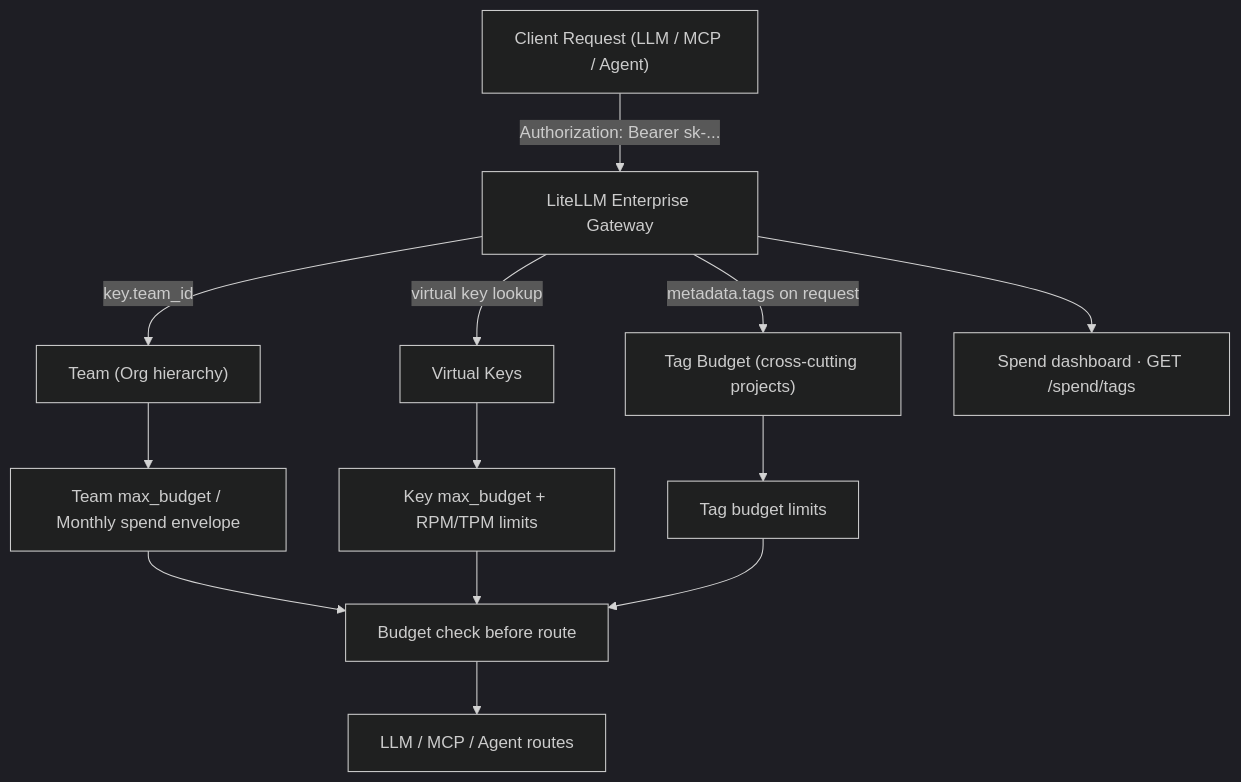
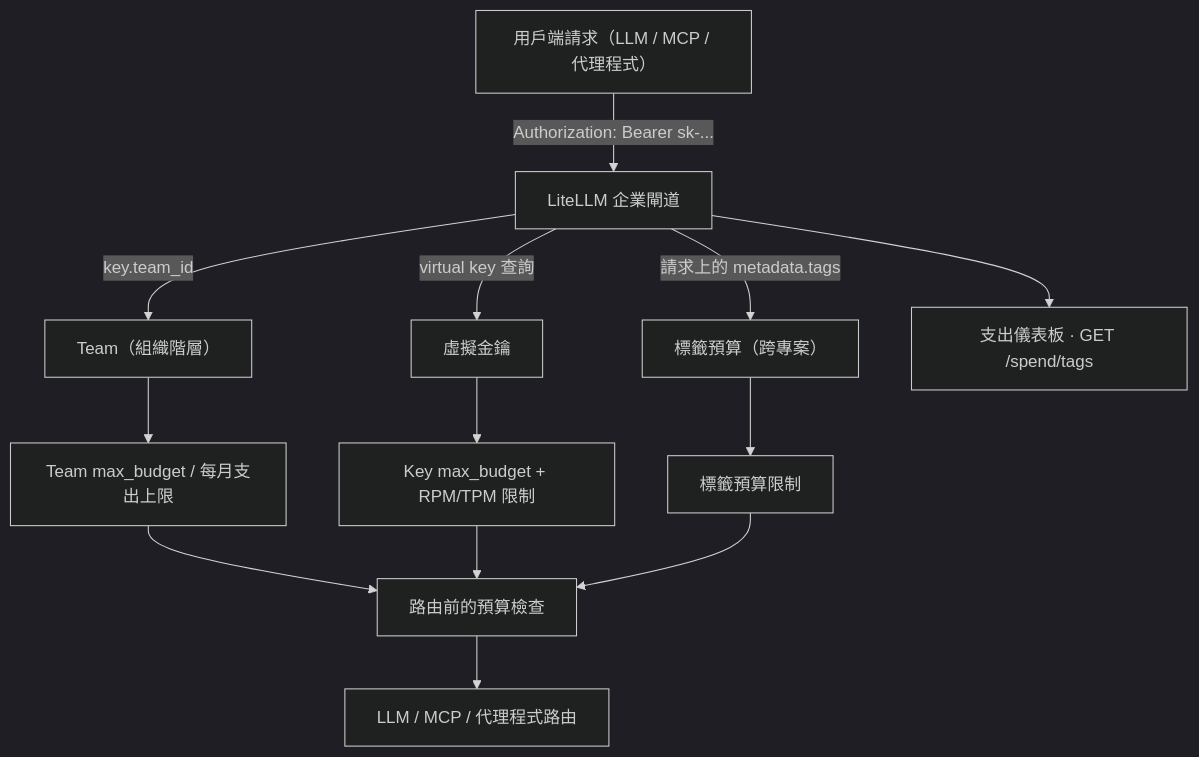
Before and after one commit to doggy8088/litellm-docs: the fourth of 4 diagrams in docs/learn/enterprise_quickstart.md, drawn with Mermaid (dark theme). The commit also changed other lines of this file and 1957 other files, not shown here.

````diff
--- a/docs/learn/enterprise_quickstart.md
+++ b/docs/learn/enterprise_quickstart.md
@@ -491,19 +488,19 @@
 ```mermaid
 flowchart TD
-    REQUEST["Client Request (LLM / MCP / Agent)"]
-    REQUEST -->|"Authorization: Bearer sk-..."| PROXY["LiteLLM Enterprise Gateway"]
+    REQUEST["用戶端請求（LLM / MCP / 代理程式）"]
+    REQUEST -->|"Authorization: Bearer sk-..."| PROXY["LiteLLM 企業閘道"]
 
-    PROXY -->|"key.team_id"| TEAMS["Team (Org hierarchy)"]
-    PROXY -->|"virtual key lookup"| KEYS["Virtual Keys"]
-    PROXY -->|"metadata.tags on request"| TAGS["Tag Budget (cross-cutting projects)"]
+    PROXY -->|"key.team_id"| TEAMS["Team（組織階層）"]
+    PROXY -->|"virtual key 查詢"| KEYS["虛擬金鑰"]
+    PROXY -->|"請求上的 metadata.tags"| TAGS["標籤預算（跨專案）"]
 
-    TEAMS --> TBUDGET["Team max_budget / Monthly spend envelope"]
-    KEYS --> KBUDGET["Key max_budget + RPM/TPM limits"]
-    TAGS --> TABUDGET["Tag budget limits"]
+    TEAMS --> TBUDGET["Team max_budget / 每月支出上限"]
+    KEYS --> KBUDGET["Key max_budget + RPM/TPM 限制"]
+    TAGS --> TABUDGET["標籤預算限制"]
 
-    TBUDGET --> ENFORCE["Budget check before route"]
+    TBUDGET --> ENFORCE["路由前的預算檢查"]
     KBUDGET --> ENFORCE
     TABUDGET --> ENFORCE
-    ENFORCE --> ROUTES["LLM / MCP / Agent routes"]
-    PROXY --> SPEND["Spend dashboard · GET /spend/tags"]
+    ENFORCE --> ROUTES["LLM / MCP / 代理程式路由"]
+    PROXY --> SPEND["支出儀表板 · GET /spend/tags"]
 ```
````
